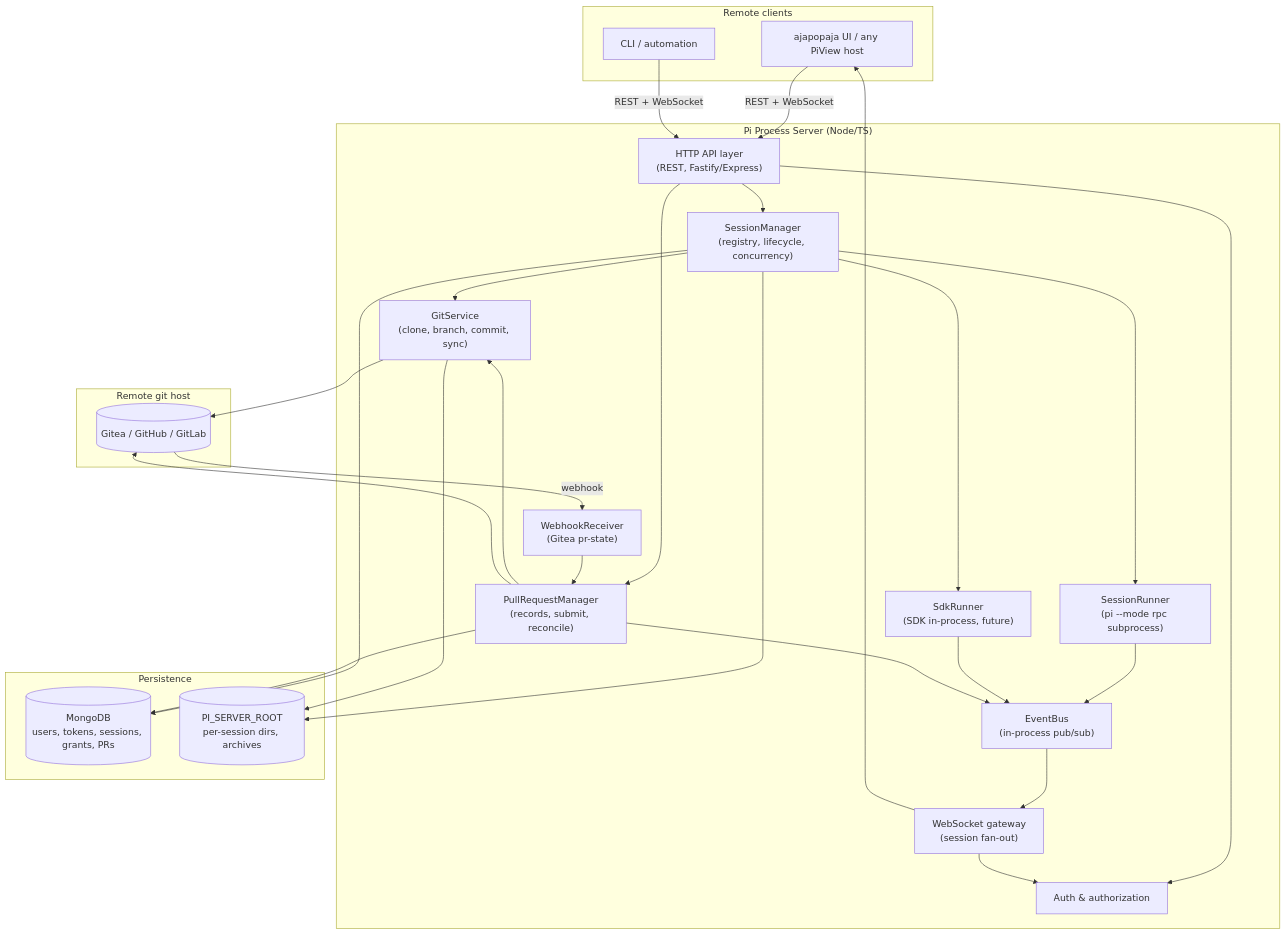
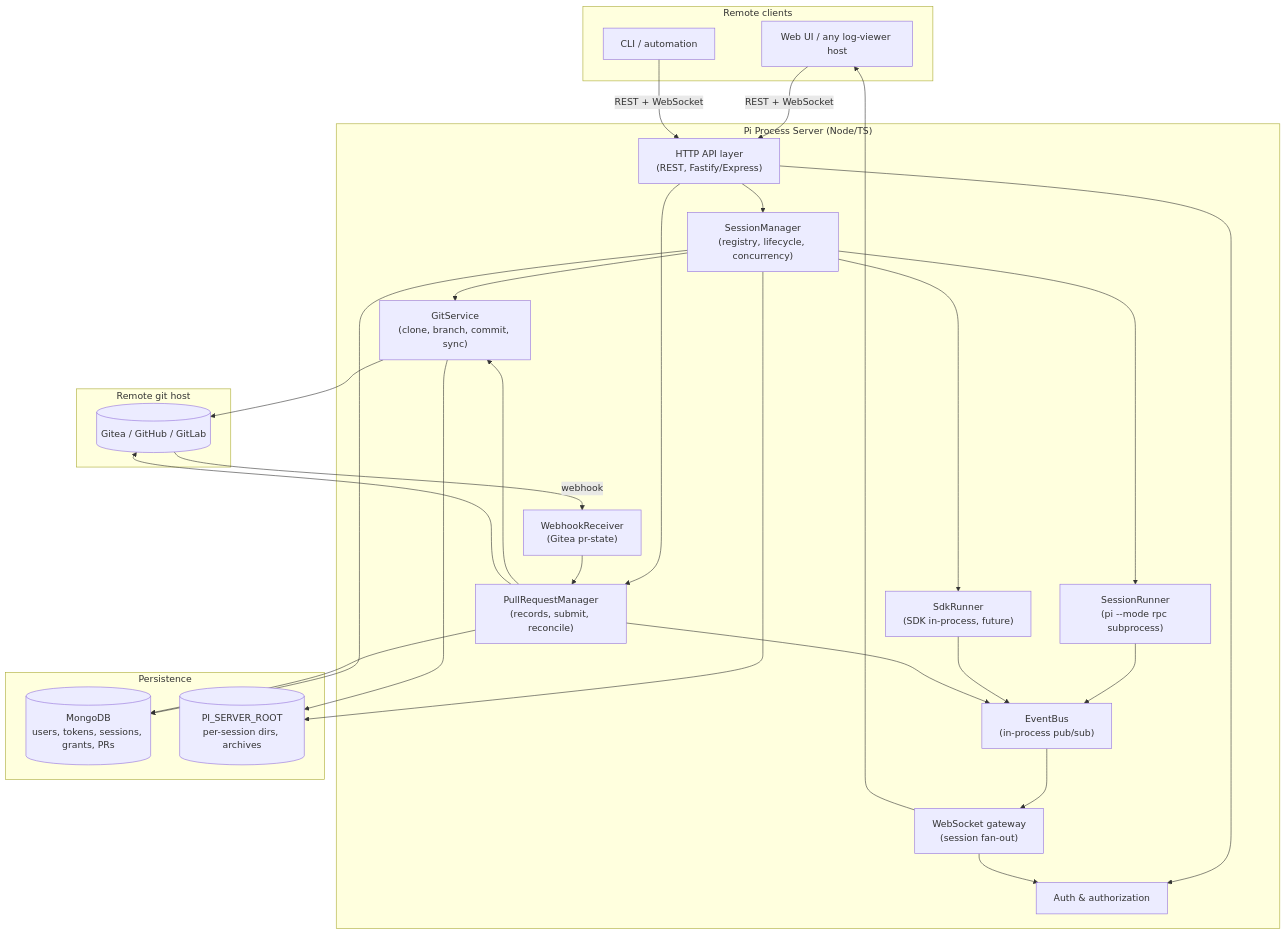
The first of 3 diagrams in design/pi_server/dd_architecture.md (marcbaechinger/ajapopaja-build), drawn with Mermaid before and after one commit. The commit also changed other lines of this file and 2 other files, not shown here.

First line of the commit message:
docs(pi-server): remove ajapopaja references from architecture & overview docs

````diff
--- a/design/pi_server/dd_architecture.md
+++ b/design/pi_server/dd_architecture.md
@@ -61,53 +61,53 @@
 ```mermaid
 flowchart TB
     subgraph Clients["Remote clients"]
-        UI["ajapopaja UI / any PiView host"]
+        UI["Web UI / any log-viewer host"]
         CLI["CLI / automation"]
     end
 
     subgraph Server["Pi Process Server (Node/TS)"]
         HTTP["HTTP API layer<br/>(REST, Fastify/Express)"]
         WS["WebSocket gateway<br/>(session fan-out)"]
         AUTH["Auth & authorization"]
         MGR["SessionManager<br/>(registry, lifecycle, concurrency)"]
         RUN["SessionRunner<br/>(pi --mode rpc subprocess)"]
         SUB["SdkRunner<br/>(SDK in-process, future)"]
         GIT["GitService<br/>(clone, branch, commit, sync)"]
         PRM["PullRequestManager<br/>(records, submit, reconcile)"]
         HOOK["WebhookReceiver<br/>(Gitea pr-state)"]
         EVT["EventBus<br/>(in-process pub/sub)"]
     end
 
     subgraph Store["Persistence"]
         DB[("MongoDB<br/>users, tokens, sessions, grants, PRs")]
         FS[("PI_SERVER_ROOT<br/>per-session dirs, archives")]
     end
 
     subgraph Remote["Remote git host"]
         GH[("Gitea / GitHub / GitLab")]
     end
 
     UI -->|"REST + WebSocket"| HTTP
     CLI -->|"REST + WebSocket"| HTTP
     HTTP --> AUTH
     WS --> AUTH
     HTTP --> MGR
     HTTP --> PRM
     MGR --> RUN
     MGR --> SUB
     MGR --> GIT
     MGR --> DB
     MGR --> FS
     PRM --> GIT
     PRM --> DB
     GIT --> FS
     GIT --> GH
     PRM --> GH
     GH -->|"webhook"| HOOK
     HOOK --> PRM
     RUN --> EVT
     SUB --> EVT
     PRM --> EVT
     EVT --> WS
     WS --> UI
 ```
````
